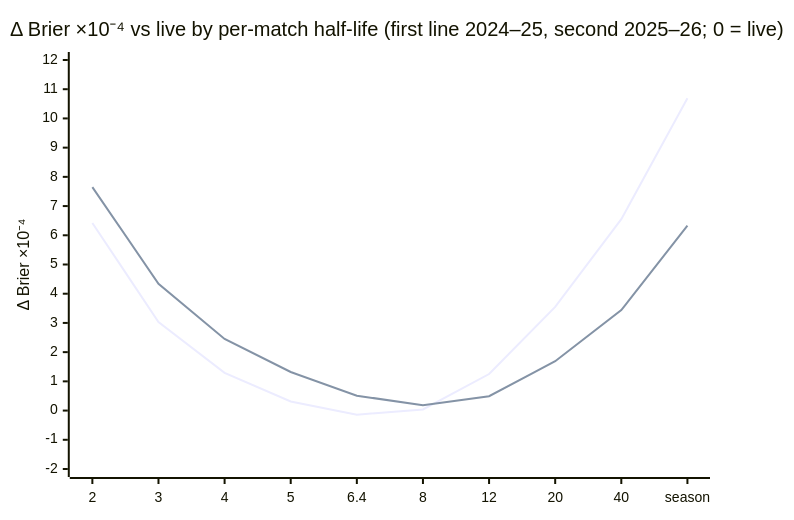
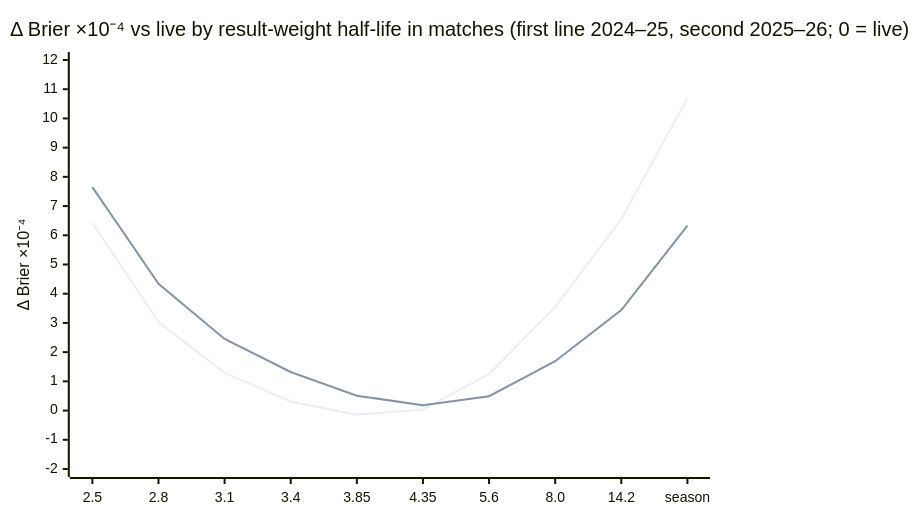
Before and after one commit to ZOGWORK/control-scout: the diagram in docs/engine/research-2026-11/r4-recency.md, drawn with Mermaid. The commit also changed other lines of this file and 4 other files, not shown here.

Commit message:
R4 (Greptile on #485): a true last-event-only endpoint (prior + previous event), gain-reset variants named as such, result-weight half-lives next to the evidence half-life, monthly picks as recorded

````diff
--- a/docs/engine/research-2026-11/r4-recency.md
+++ b/docs/engine/research-2026-11/r4-recency.md
@@ -83,8 +98,8 @@
 ```mermaid
 xychart-beta
-  title "Δ Brier ×10⁻⁴ vs live by per-match half-life (first line 2024–25, second 2025–26; 0 = live)"
-  x-axis ["2", "3", "4", "5", "6.4", "8", "12", "20", "40", "season"]
+  title "Δ Brier ×10⁻⁴ vs live by result-weight half-life in matches (first line 2024–25, second 2025–26; 0 = live)"
+  x-axis ["2.5", "2.8", "3.1", "3.4", "3.85", "4.35", "5.6", "8.0", "14.2", "season"]
   y-axis "Δ Brier ×10⁻⁴" -2 --> 12
   line [6.42, 3.03, 1.29, 0.31, -0.14, 0.04, 1.25, 3.55, 6.55, 10.69]
   line [7.65, 4.34, 2.45, 1.32, 0.51, 0.18, 0.49, 1.69, 3.44, 6.33]
 ```
````
